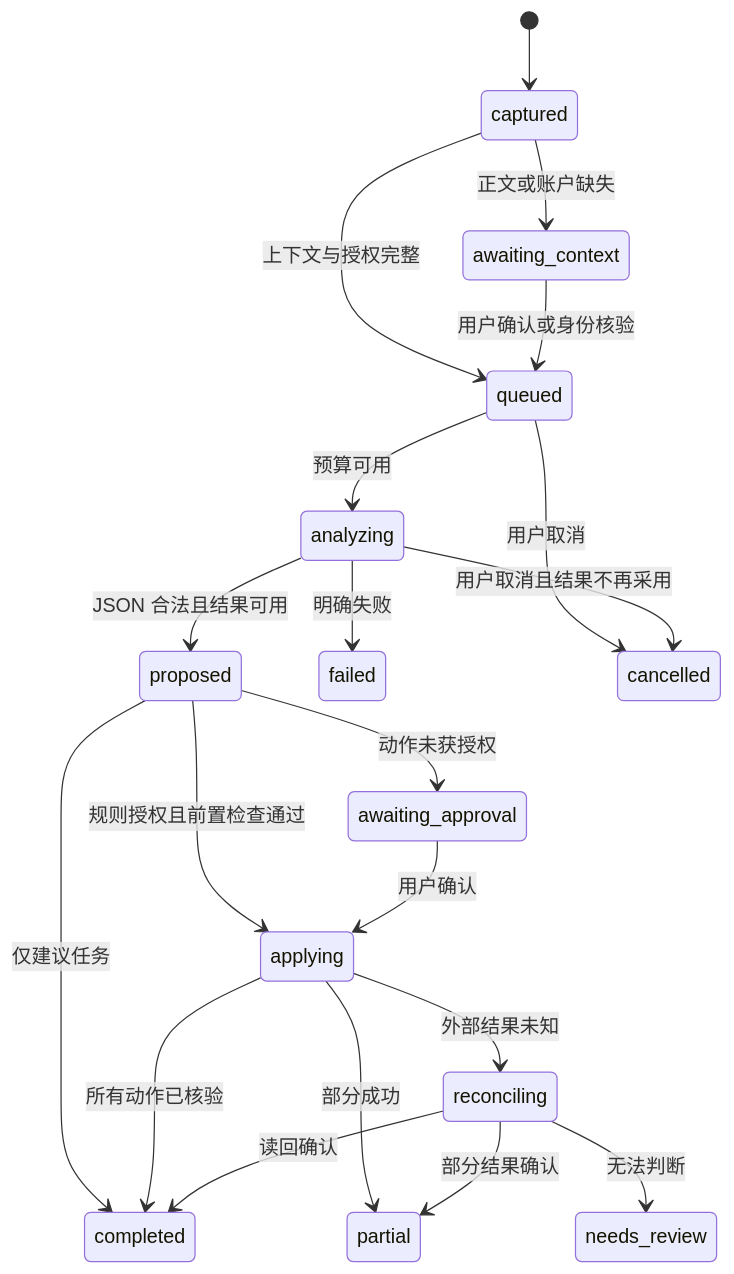
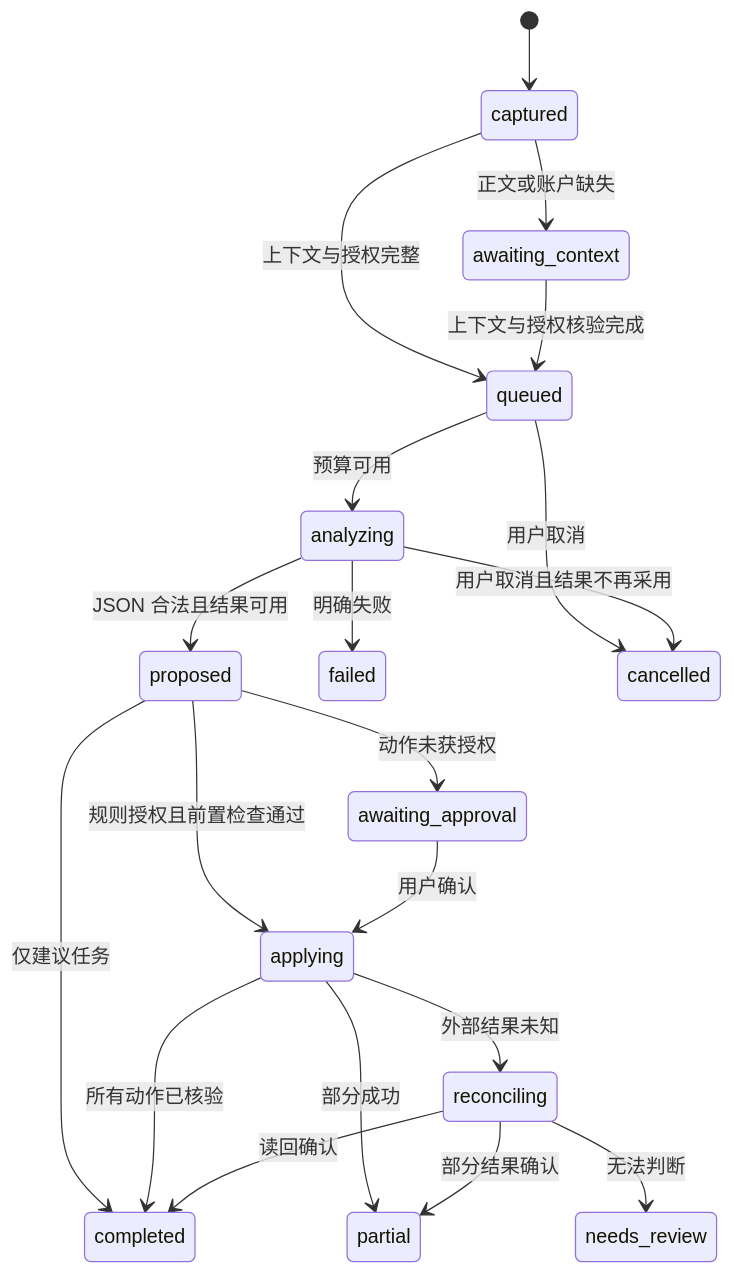
Before and after one commit to cobbcheng/Mailpipe: the diagram in docs/data-contracts.md, drawn with Mermaid. The commit also changed other lines of this file and 20 other files, not shown here.

````diff
--- a/docs/data-contracts.md
+++ b/docs/data-contracts.md
@@ -82,22 +82,22 @@
 ```mermaid
 stateDiagram-v2
   [*] --> captured
   captured --> awaiting_context: 正文或账户缺失
   captured --> queued: 上下文与授权完整
-  awaiting_context --> queued: 用户确认或身份核验
+  awaiting_context --> queued: 上下文与授权核验完成
   queued --> analyzing: 预算可用
   analyzing --> proposed: JSON 合法且结果可用
   analyzing --> failed: 明确失败
   proposed --> awaiting_approval: 动作未获授权
   proposed --> applying: 规则授权且前置检查通过
   proposed --> completed: 仅建议任务
   awaiting_approval --> applying: 用户确认
   applying --> completed: 所有动作已核验
   applying --> partial: 部分成功
   applying --> reconciling: 外部结果未知
   reconciling --> completed: 读回确认
   reconciling --> partial: 部分结果确认
   reconciling --> needs_review: 无法判断
   queued --> cancelled: 用户取消
   analyzing --> cancelled: 用户取消且结果不再采用
 ```
````
